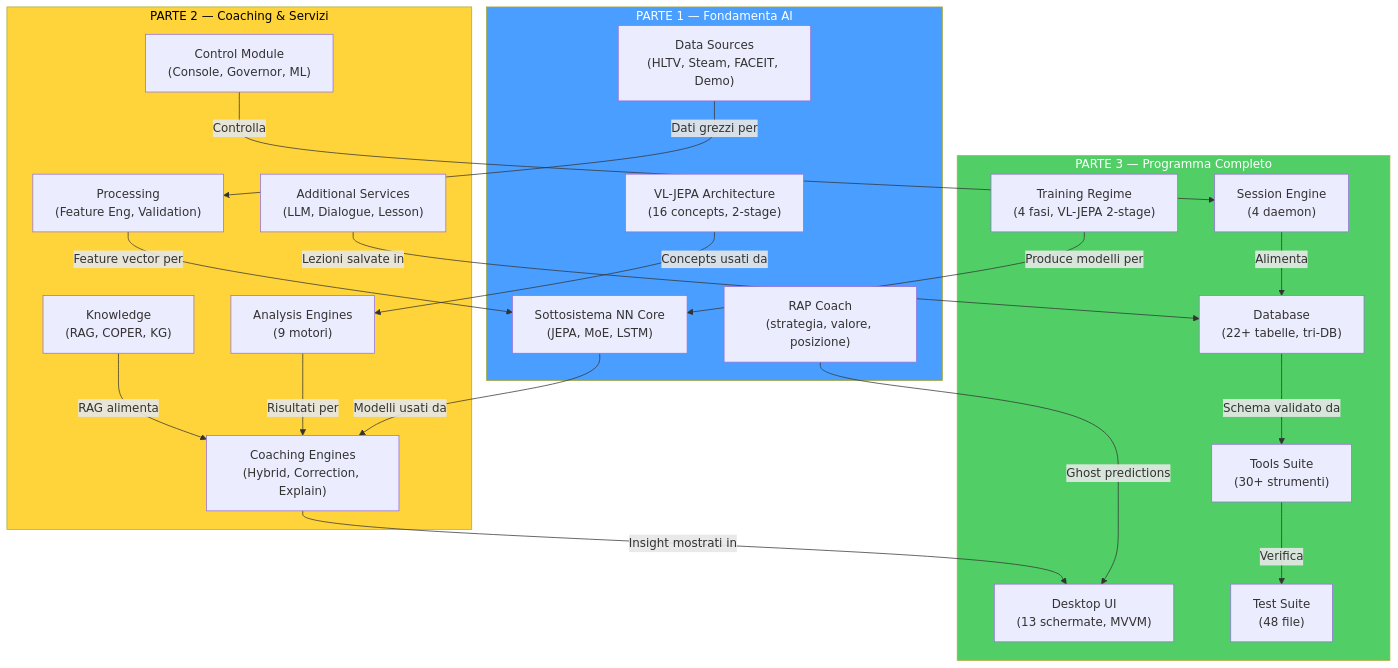
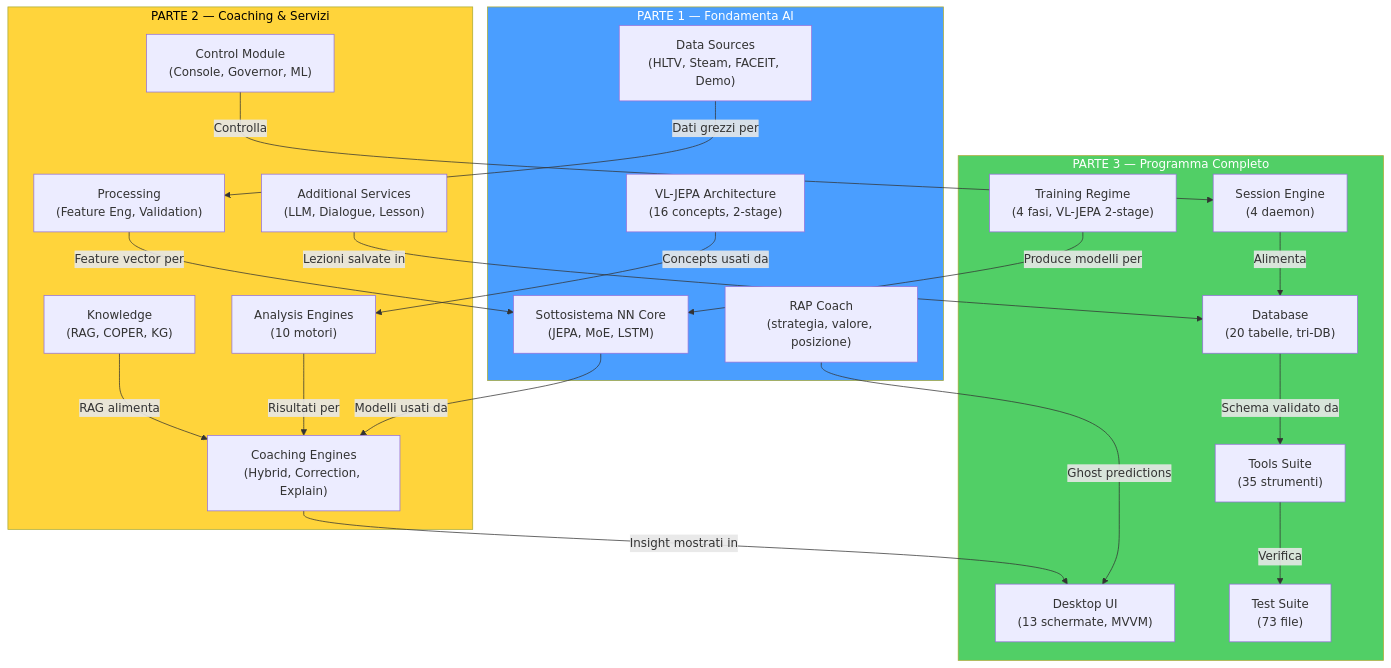
Diagram 55 of 55 in docs/AI-cs2-coach-part3.md (renanaugustomacena-ux/Counter-Strike-coach-AI), drawn with Mermaid before and after one commit. The commit also changed other lines of this file and 6 other files, not shown here.

First line of the commit message:
Update docs: fix metrics, replace broken SVG with mermaid ER, generate PDFs

````diff
--- a/docs/AI-cs2-coach-part3.md
+++ b/docs/AI-cs2-coach-part3.md
@@ -2812,44 +2964,44 @@
 ```mermaid
 flowchart TB
     subgraph PART1["PARTE 1 — Fondamenta AI"]
         P1_NN["Sottosistema NN Core<br/>(JEPA, MoE, LSTM)"]
         P1_VL["VL-JEPA Architecture<br/>(16 concepts, 2-stage)"]
         P1_RAP["RAP Coach<br/>(strategia, valore, posizione)"]
         P1_DS["Data Sources<br/>(HLTV, Steam, FACEIT, Demo)"]
     end
     subgraph PART2["PARTE 2 — Coaching & Servizi"]
         P2_CE["Coaching Engines<br/>(Hybrid, Correction, Explain)"]
         P2_SV["Additional Services<br/>(LLM, Dialogue, Lesson)"]
-        P2_AN["Analysis Engines<br/>(9 motori)"]
+        P2_AN["Analysis Engines<br/>(10 motori)"]
         P2_KN["Knowledge<br/>(RAG, COPER, KG)"]
         P2_PR["Processing<br/>(Feature Eng, Validation)"]
         P2_CT["Control Module<br/>(Console, Governor, ML)"]
     end
     subgraph PART3["PARTE 3 — Programma Completo"]
-        P3_DB["Database<br/>(22+ tabelle, tri-DB)"]
+        P3_DB["Database<br/>(20 tabelle, tri-DB)"]
         P3_TR["Training Regime<br/>(4 fasi, VL-JEPA 2-stage)"]
         P3_UI["Desktop UI<br/>(13 schermate, MVVM)"]
         P3_SE["Session Engine<br/>(4 daemon)"]
-        P3_TL["Tools Suite<br/>(30+ strumenti)"]
-        P3_TS["Test Suite<br/>(48 file)"]
+        P3_TL["Tools Suite<br/>(35 strumenti)"]
+        P3_TS["Test Suite<br/>(73 file)"]
     end
 
     P1_NN -->|"Modelli usati da"| P2_CE
     P1_VL -->|"Concepts usati da"| P2_AN
     P1_RAP -->|"Ghost predictions"| P3_UI
     P1_DS -->|"Dati grezzi per"| P2_PR
     P2_CE -->|"Insight mostrati in"| P3_UI
     P2_SV -->|"Lezioni salvate in"| P3_DB
     P2_AN -->|"Risultati per"| P2_CE
     P2_KN -->|"RAG alimenta"| P2_CE
     P2_PR -->|"Feature vector per"| P1_NN
     P2_CT -->|"Controlla"| P3_SE
     P3_DB -->|"Schema validato da"| P3_TL
     P3_TR -->|"Produce modelli per"| P1_NN
     P3_SE -->|"Alimenta"| P3_DB
     P3_TL -->|"Verifica"| P3_TS
 
     style PART1 fill:#4a9eff,color:#fff
     style PART2 fill:#ffd43b,color:#000
     style PART3 fill:#51cf66,color:#fff
 ```
````
